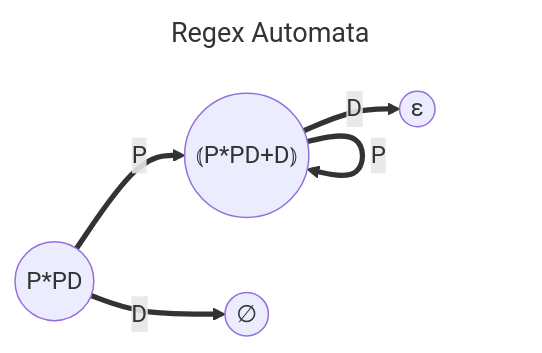
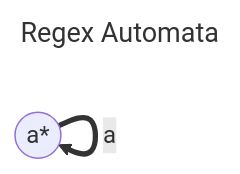
Before and after one commit to Achtuur/scope-graph: the diagram in scope-graph/regex_automata.mmd, drawn with Mermaid. The commit also changed 6 other files, not shown here.

Commit message:
start on mermaid diagrams

```diff
--- a/scope-graph/regex_automata.mmd
+++ b/scope-graph/regex_automata.mmd
@@ -1,12 +1,6 @@
 ---
 title: Regex Automata
 ---
 flowchart LR
-0((P*PD))
-1((⦅P*PD+D⦆))
-2((∅))
-3((ε))
-0 ==>|"P"| 1
-0 ==>|"D"| 2
-1 ==>|"P"| 1
-1 ==>|"D"| 3
+0((a*))
+0 ==>|"a"| 0
```
